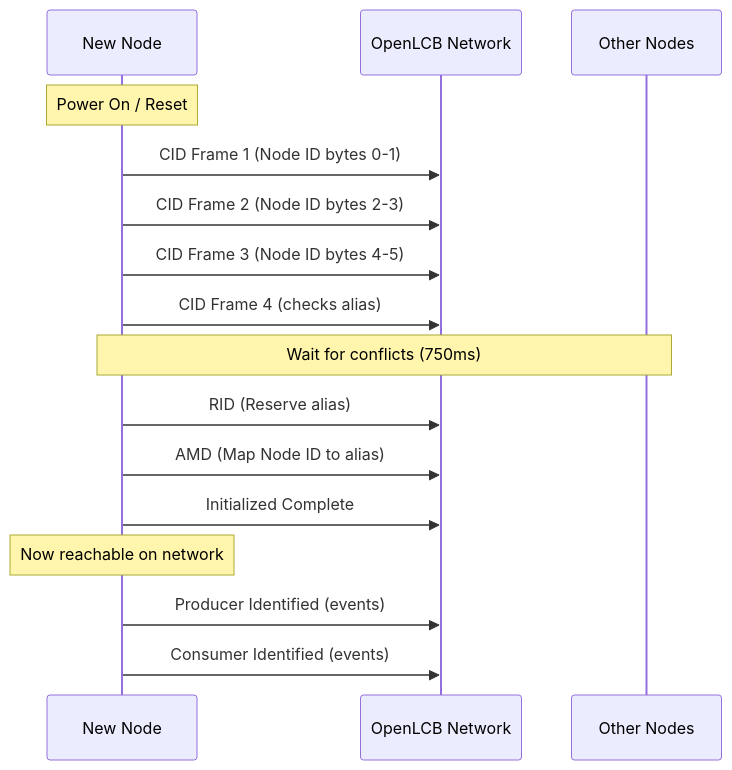
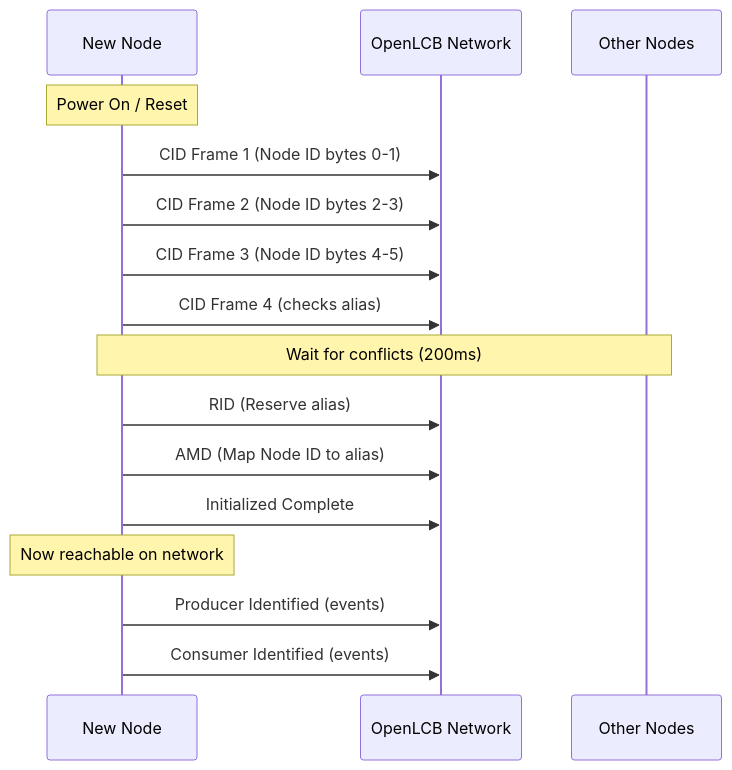
Before and after one commit to openlcb/OpenLCB_Technical_Introduction: the first of 2 diagrams in src/intro_async_blink.md, drawn with Mermaid. The commit also changed other lines of this file and 1 other file, not shown here.

Commit message:
Updated the startup sequence.

````diff
--- a/src/intro_async_blink.md
+++ b/src/intro_async_blink.md
@@ -17,24 +21,24 @@
 ```mermaid
 sequenceDiagram
     participant Node as New Node
     participant Bus as OpenLCB Network
     participant Others as Other Nodes
     
     Note over Node: Power On / Reset
     
     Node->>Bus: CID Frame 1 (Node ID bytes 0-1)
     Node->>Bus: CID Frame 2 (Node ID bytes 2-3)
     Node->>Bus: CID Frame 3 (Node ID bytes 4-5)
     Node->>Bus: CID Frame 4 (checks alias)
     
-    Note over Node,Others: Wait for conflicts (750ms)
+    Note over Node,Others: Wait for conflicts (200ms)
     
     Node->>Bus: RID (Reserve alias)
     Node->>Bus: AMD (Map Node ID to alias)
     Node->>Bus: Initialized Complete
     
     Note over Node: Now reachable on network
     
     Node->>Bus: Producer Identified (events)
     Node->>Bus: Consumer Identified (events)
 ```
````
